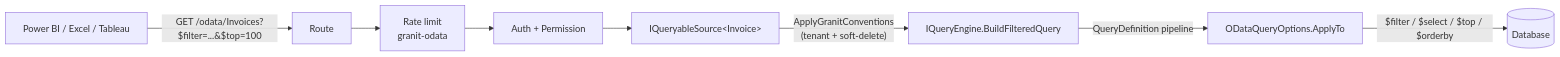
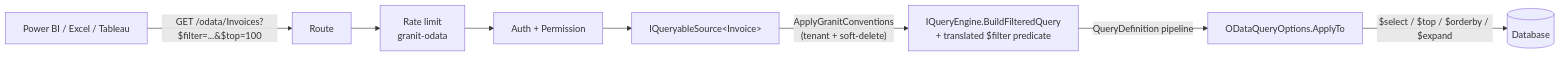
The first of 2 diagrams in src/content/docs/dotnet/api/odata-exposure.mdx (granit-fx/granit-docs), drawn with Mermaid before and after one commit. The commit also changed other lines of this file and 18 other files, not shown here.

First line of the commit message:
docs(dotnet): Http* redesign epic batch 2 — OpenAPI consolidation, idempotency store, QueryEngine/OData subordination, consent ledger

````diff
--- a/src/content/docs/dotnet/api/odata-exposure.mdx
+++ b/src/content/docs/dotnet/api/odata-exposure.mdx
@@ -133,10 +136,10 @@
 ```mermaid
 flowchart LR
     BI[Power BI / Excel / Tableau] -->|"GET /odata/Invoices?$filter=...&$top=100"| RT[Route]
     RT --> RL[Rate limit<br/>granit-odata]
     RL --> AU[Auth + Permission]
     AU --> QS[IQueryableSource&lt;Invoice&gt;]
-    QS -->|"ApplyGranitConventions<br/>(tenant + soft-delete)"| QE[IQueryEngine.BuildFilteredQuery]
+    QS -->|"ApplyGranitConventions<br/>(tenant + soft-delete)"| QE[IQueryEngine.BuildFilteredQuery<br/>+ translated $filter predicate]
     QE -->|"QueryDefinition pipeline"| OQ[ODataQueryOptions.ApplyTo]
-    OQ -->|"$filter / $select / $top / $orderby"| DB[(Database)]
+    OQ -->|"$select / $top / $orderby / $expand"| DB[(Database)]
 ```
````
